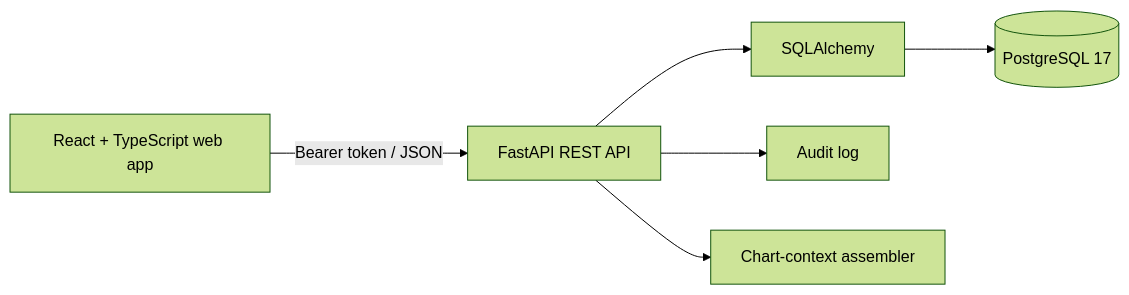
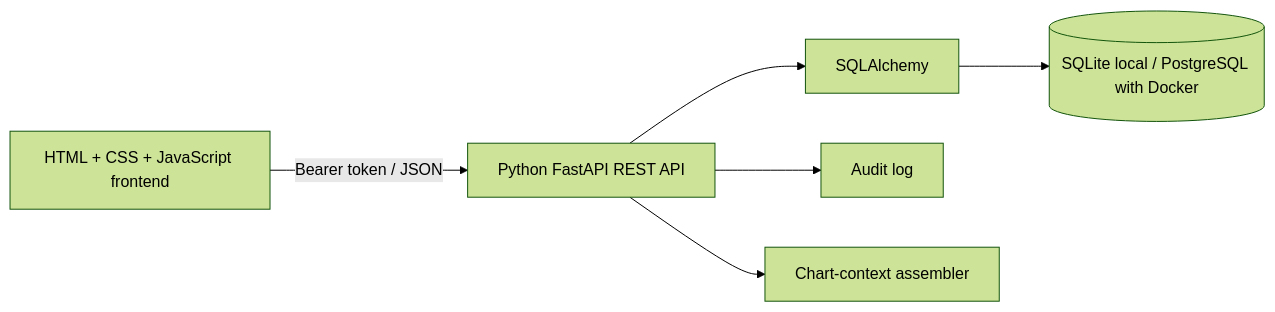
Before and after one commit to ranjithkumarsru/careflow-smart-hospital: the diagram in docs/architecture.md, drawn with Mermaid (forest theme). The commit also changed other lines of this file and 6 other files, not shown here.

Commit message:
Use classroom HTML frontend and update hospital docs

````diff
--- a/docs/architecture.md
+++ b/docs/architecture.md
@@ -5,8 +5,8 @@
 ```mermaid
 flowchart LR
-  Browser[React + TypeScript web app] -->|Bearer token / JSON| API[FastAPI REST API]
+  Browser[HTML + CSS + JavaScript frontend] -->|Bearer token / JSON| API[Python FastAPI REST API]
   API --> ORM[SQLAlchemy]
-  ORM --> DB[(PostgreSQL 17)]
+  ORM --> DB[(SQLite local / PostgreSQL with Docker)]
   API --> Audit[Audit log]
   API --> Support[Chart-context assembler]
 ```
````
